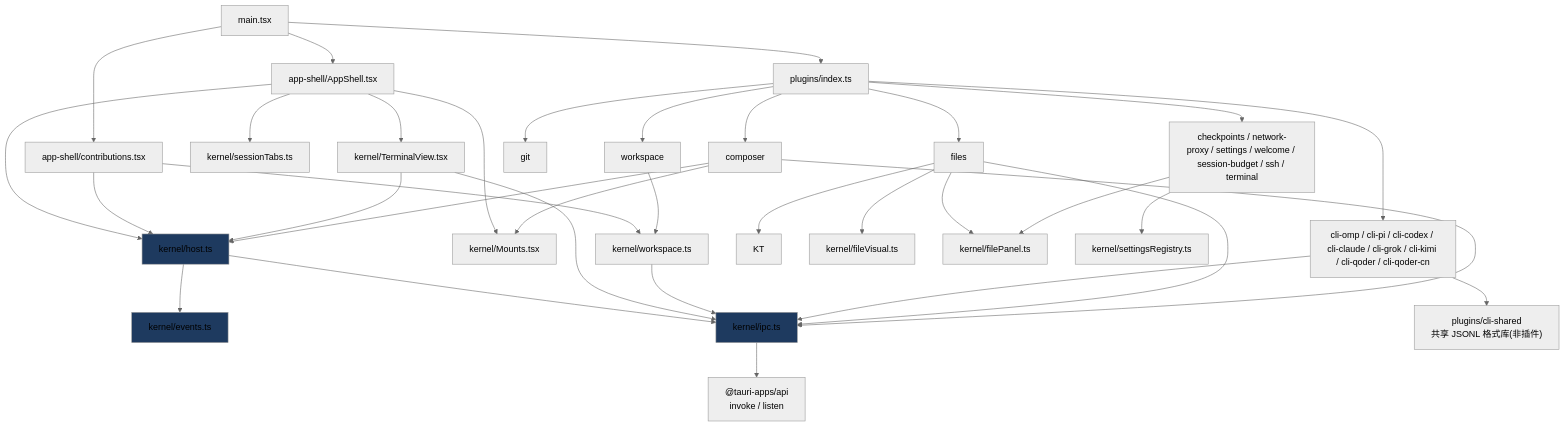
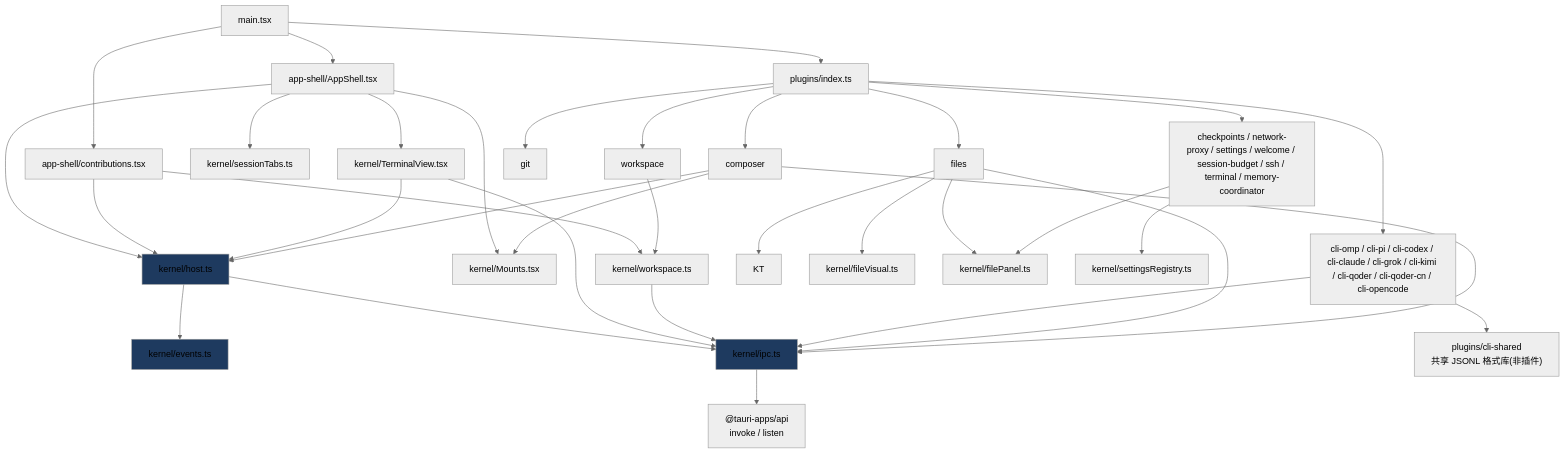
Before and after one commit to chenxiangning/tmd-cli: the eighth of 8 diagrams in docs/architecture/02-code-architecture.md, drawn with Mermaid (neutral theme). The commit also changed other lines of this file and 5 other files, not shown here.

````diff
--- a/docs/architecture/02-code-architecture.md
+++ b/docs/architecture/02-code-architecture.md
@@ -349,39 +352,39 @@
 ```mermaid
 flowchart TD
     M["main.tsx"] --> AS["app-shell/AppShell.tsx"]
     M --> CT["app-shell/contributions.tsx"]
     M --> PI["plugins/index.ts"]
 
     AS --> KH["kernel/host.ts"]
     AS --> KM["kernel/Mounts.tsx"]
     AS --> KTV["kernel/TerminalView.tsx"]
     AS --> KST["kernel/sessionTabs.ts"]
     CT --> KH
     CT --> KW["kernel/workspace.ts"]
 
-    PI --> P1["cli-omp / cli-pi / cli-codex / cli-claude / cli-grok / cli-kimi / cli-qoder / cli-qoder-cn"]
+    PI --> P1["cli-omp / cli-pi / cli-codex / cli-claude / cli-grok / cli-kimi / cli-qoder / cli-qoder-cn / cli-opencode"]
     PI --> P2["workspace"]
     PI --> P3["files"]
     PI --> P4["git"]
     PI --> P5["composer"]
-    PI --> P6["checkpoints / network-proxy / settings / welcome / session-budget / ssh / terminal"]
+    PI --> P6["checkpoints / network-proxy / settings / welcome / session-budget / ssh / terminal / memory-coordinator"]
 
     KH --> KE["kernel/events.ts"]
     KH --> KI["kernel/ipc.ts"]
     KTV --> KI
     KTV --> KH
     KW --> KI
 
     P1 --> KI
     P1 --> SH["plugins/cli-shared<br/>共享 JSONL 格式库(非插件)"]
     P2 --> KW
     P3 --> KI & KT & KFV["kernel/fileVisual.ts"] & KFP["kernel/filePanel.ts"]
     P6 --> KFP & KSR["kernel/settingsRegistry.ts"]
     P5 --> KH & KM & KI
 
     KI --> TAPI["@tauri-apps/api<br/>invoke / listen"]
 
     style KE fill:#1e3a5f
     style KI fill:#1e3a5f
     style KH fill:#1e3a5f
 ```
````
